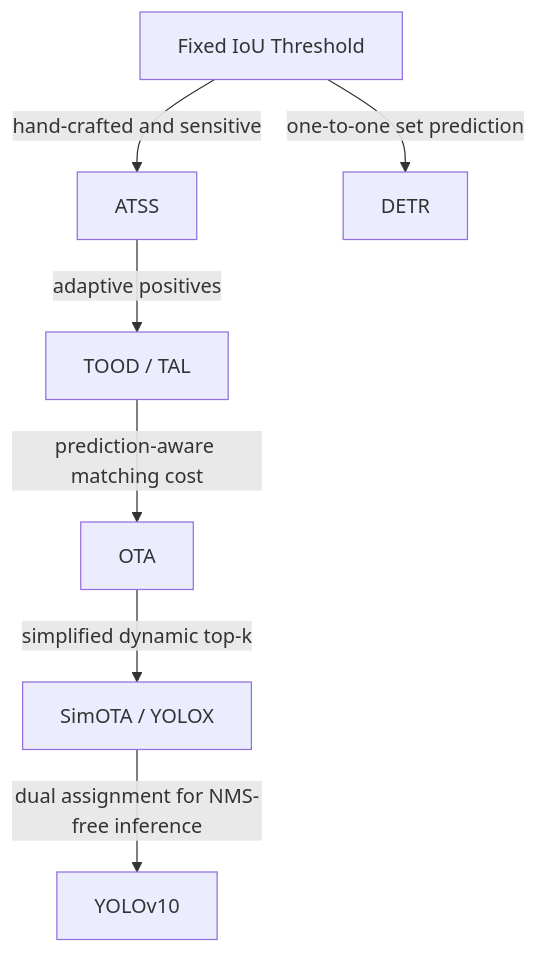
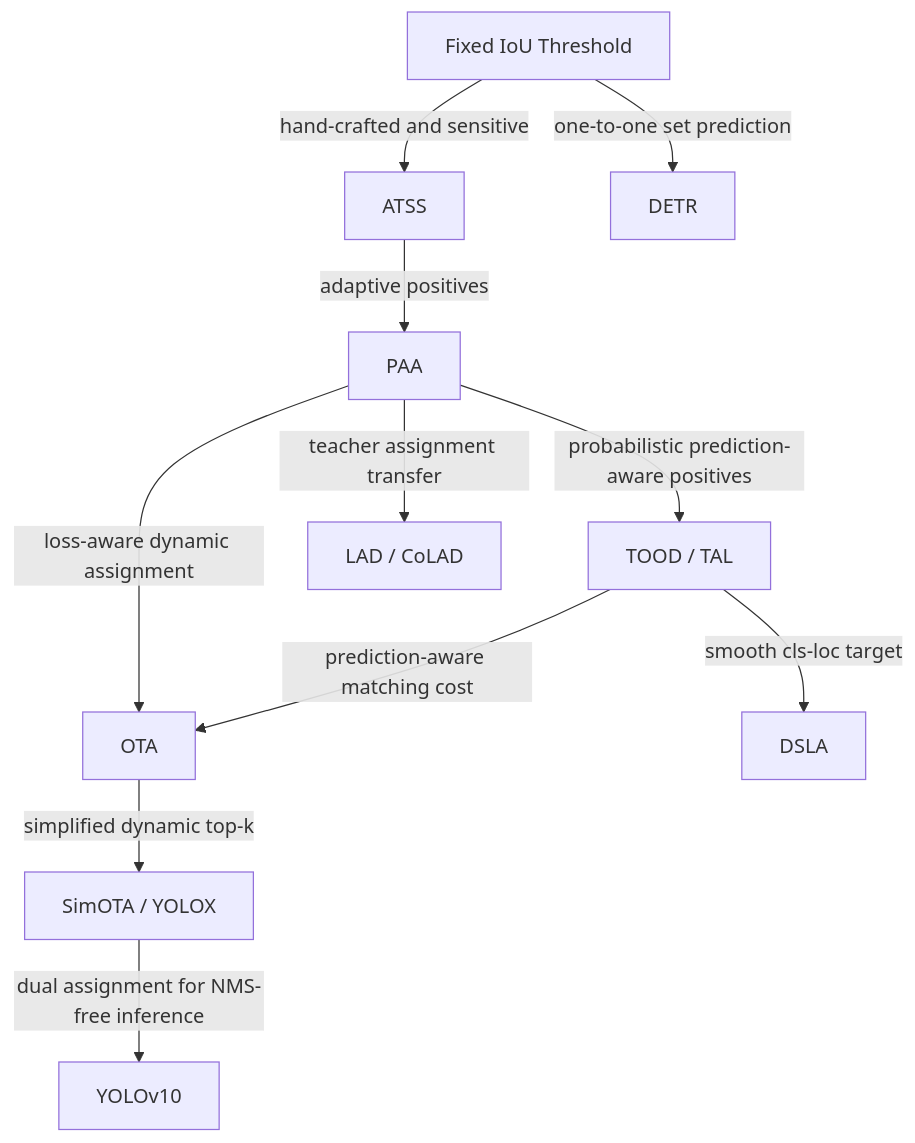
One commit to Immortal-Fates/Notes-in-ZJU changed the diagram in AI/ml/CV/Paper-Reading/Problem-lines/03-3-Label-Assignment.md. Above: the diagram before and after it, drawn with Mermaid. The commit also changed other lines of this file and 45 other files, not shown here.

````diff
--- a/AI/ml/CV/Paper-Reading/Problem-lines/03-3-Label-Assignment.md
+++ b/AI/ml/CV/Paper-Reading/Problem-lines/03-3-Label-Assignment.md
@@ -28,9 +31,13 @@
 ```mermaid
 graph TD
   A[Fixed IoU Threshold] -->|hand-crafted and sensitive| B[ATSS]
-  B -->|adaptive positives| C[TOOD / TAL]
+  B -->|adaptive positives| P[PAA]
+  P -->|probabilistic prediction-aware positives| C[TOOD / TAL]
+  P -->|loss-aware dynamic assignment| D[OTA]
   C -->|prediction-aware matching cost| D[OTA]
   D -->|simplified dynamic top-k| E[SimOTA / YOLOX]
+  C -->|smooth cls-loc target| S[DSLA]
+  P -->|teacher assignment transfer| L[LAD / CoLAD]
   A -->|one-to-one set prediction| F[DETR]
   E -->|dual assignment for NMS-free inference| H[YOLOv10]
 ```
````
